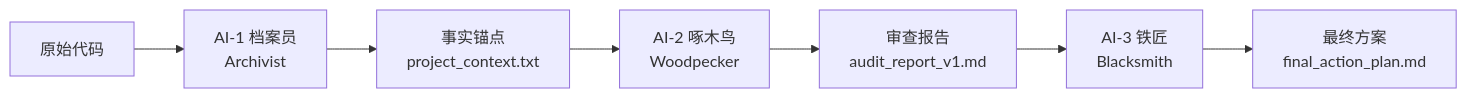
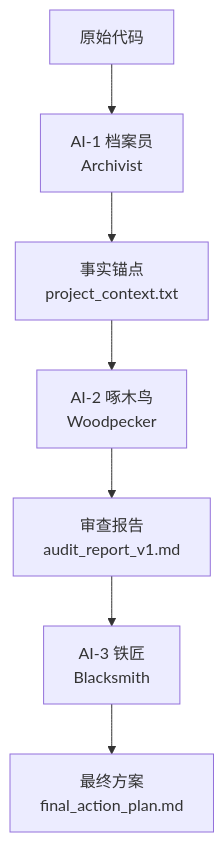
The first of 2 diagrams in source/_posts/triple-ai-quality-gate.md (TwilightRainDev/TwilightRain), drawn with Mermaid before and after one commit. The commit also changed other lines of this file and 7 other files, not shown here.

````diff
--- a/source/_posts/triple-ai-quality-gate.md
+++ b/source/_posts/triple-ai-quality-gate.md
@@ -42,9 +42,9 @@
 ```mermaid
-flowchart LR
+flowchart TD
     A[原始代码] --> B[AI-1 档案员<br/>Archivist]
     B --> C[事实锚点<br/>project_context.txt]
     C --> D[AI-2 啄木鸟<br/>Woodpecker]
     D --> E[审查报告<br/>audit_report_v1.md]
     E --> F[AI-3 铁匠<br/>Blacksmith]
     F --> G[最终方案<br/>final_action_plan.md]
 ```
````
